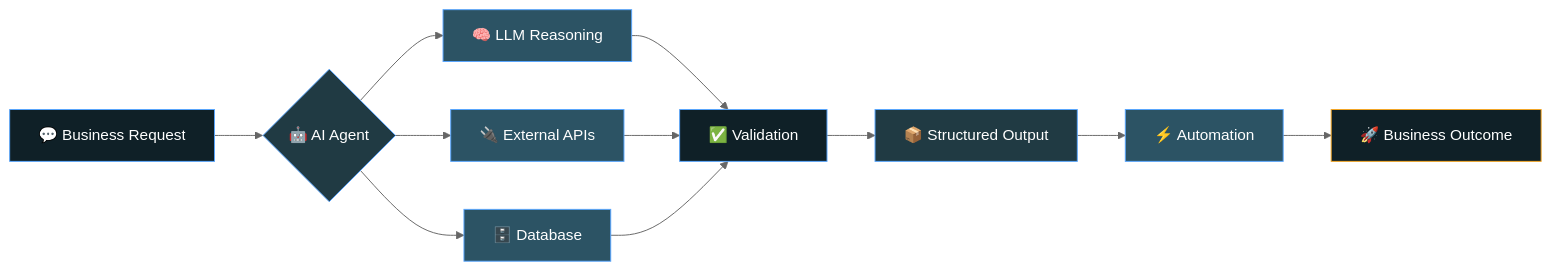
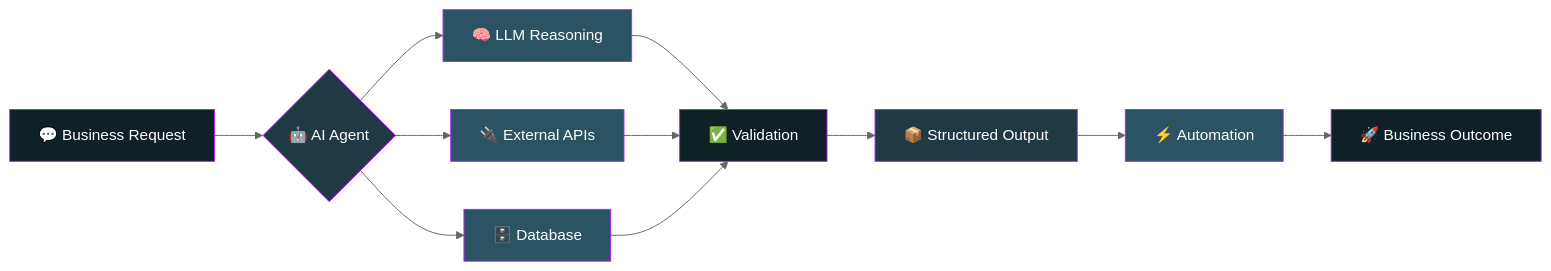
One commit to KhaledEldfry/KhaledEldfry changed the diagram in README.md. Above: the diagram before and after it, drawn with Mermaid (neutral theme). The commit also changed other lines of this file, not shown here.

````diff
--- a/README.md
+++ b/README.md
@@ -54,23 +54,23 @@
 ```mermaid
 flowchart LR
     A["💬 Business Request"] --> B{"🤖 AI Agent"}
     B --> C["🧠 LLM Reasoning"]
     B --> D["🔌 External APIs"]
     B --> E["🗄️ Database"]
     C --> F["✅ Validation"]
     D --> F
     E --> F
     F --> G["📦 Structured Output"]
     G --> H["⚡ Automation"]
     H --> I["🚀 Business Outcome"]
 
-    style A fill:#0F2027,stroke:#58A6FF,color:#fff
-    style B fill:#203A43,stroke:#58A6FF,color:#fff
-    style C fill:#2C5364,stroke:#58A6FF,color:#fff
-    style D fill:#2C5364,stroke:#58A6FF,color:#fff
-    style E fill:#2C5364,stroke:#58A6FF,color:#fff
-    style F fill:#0F2027,stroke:#58A6FF,color:#fff
-    style G fill:#203A43,stroke:#58A6FF,color:#fff
-    style H fill:#2C5364,stroke:#58A6FF,color:#fff
-    style I fill:#0F2027,stroke:#F5A623,color:#fff
+    style A fill:#0F2027,stroke:#B721FF,color:#fff
+    style B fill:#203A43,stroke:#B721FF,color:#fff
+    style C fill:#2C5364,stroke:#B721FF,color:#fff
+    style D fill:#2C5364,stroke:#B721FF,color:#fff
+    style E fill:#2C5364,stroke:#B721FF,color:#fff
+    style F fill:#0F2027,stroke:#B721FF,color:#fff
+    style G fill:#203A43,stroke:#B721FF,color:#fff
+    style H fill:#2C5364,stroke:#B721FF,color:#fff
+    style I fill:#0F2027,stroke:#8E2DE2,color:#fff
 ```
````
